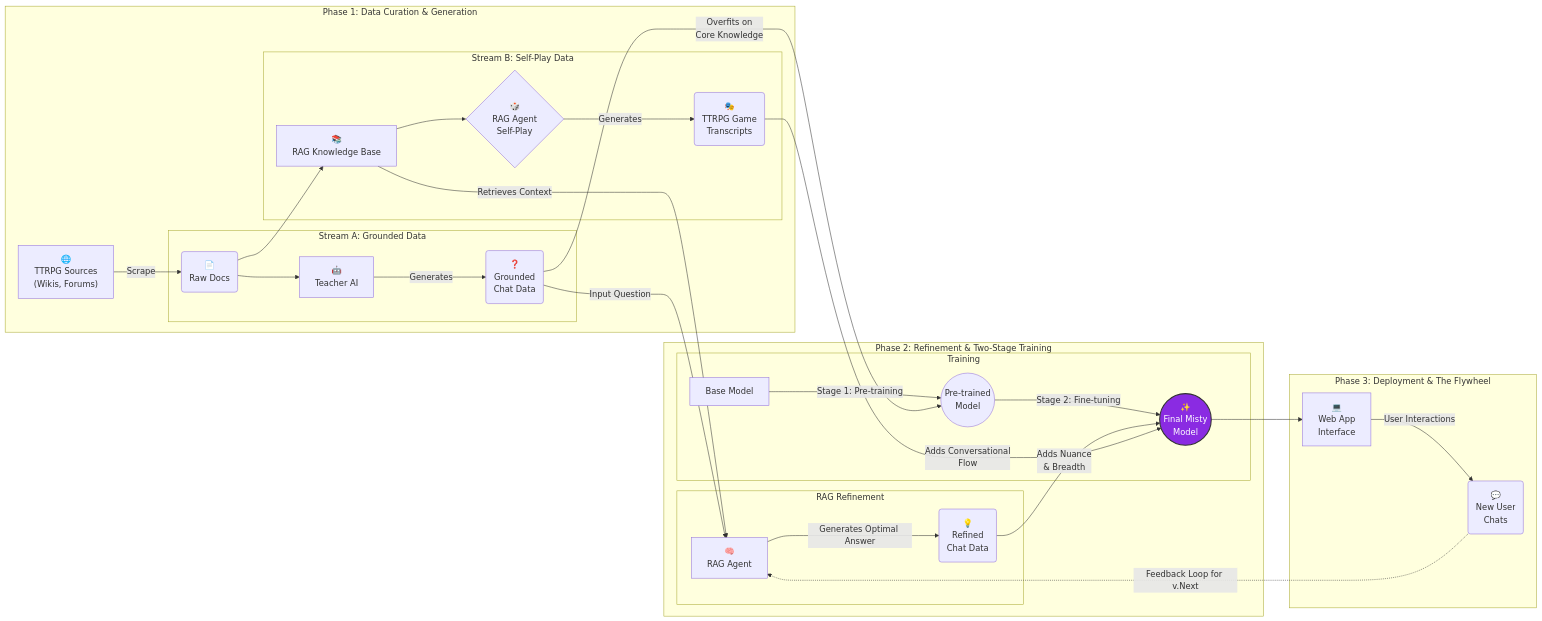
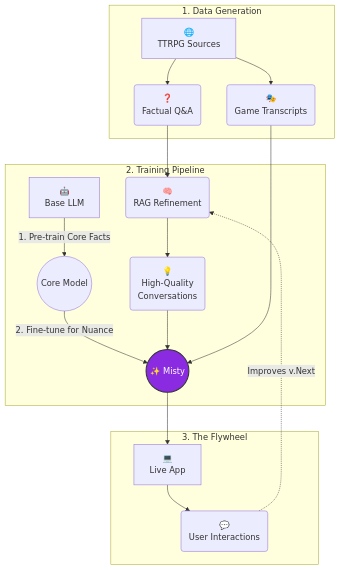
Before and after one commit to mltheuser/misty-public: the diagram in README.md, drawn with Mermaid.

````diff
--- a/README.md
+++ b/README.md
@@ -58,42 +58,26 @@
 ```mermaid
-graph LR
-    subgraph Phase 1: Data Curation & Generation
-        A["🌐<br>TTRPG Sources<br>(Wikis, Forums)"] -->|Scrape| B("📄<br>Raw Docs");
-        
-        subgraph Stream A: Grounded Data
-            B --> C["🤖<br>Teacher AI"];
-            C -->|Generates| D("❓<br>Grounded<br>Chat Data");
-        end
-
-        subgraph Stream B: Self-Play Data
-            B --> E["📚<br>RAG Knowledge Base"];
-            E --> F{"🎲<br>RAG Agent<br>Self-Play"};
-            F -->|Generates| G("🎭<br>TTRPG Game<br>Transcripts");
-        end
+graph TD
+    subgraph "1. Data Generation"
+        A["🌐<br>TTRPG Sources"] --> B("❓<br>Factual Q&A")
+        A --> C("🎭<br>Game Transcripts")
     end
 
-    subgraph Phase 2: Refinement & Two-Stage Training
-        subgraph RAG Refinement
-            D -->|Input Question| H["🧠<br>RAG Agent"];
-            E -->|Retrieves Context| H;
-            H -->|Generates Optimal Answer| I("💡<br>Refined<br>Chat Data");
-        end
-
-        subgraph Training
-            J["Base Model"] -->|Stage 1: Pre-training| K(("Pre-trained<br>Model"));
-            D -->|Overfits on<br>Core Knowledge| K;
-
-            K -->|Stage 2: Fine-tuning| L(("✨<br>Final Misty<br>Model"));
-            I -->|Adds Nuance<br>& Breadth| L;
-            G -->|Adds Conversational<br>Flow| L;
-        end
+    subgraph "2. Training Pipeline"
+        B --> D("🧠<br>RAG Refinement")
+        D --> E("💡<br>High-Quality<br>Conversations")
+        
+        F["🤖<br>Base LLM"] --"1. Pre-train Core Facts"--> G(("Core Model"))
+        G --"2. Fine-tune for Nuance"--> H(("✨ Misty"))
+        
+        E --> H
+        C --> H
     end
 
-    subgraph Phase 3: Deployment & The Flywheel
-        L --> M["💻<br>Web App<br>Interface"];
-        M -->|User Interactions| N("💬<br>New User<br>Chats");
-        N -.->|Feedback Loop for v.Next| H;
+    subgraph "3. The Flywheel"
+        H --> I["💻<br>Live App"]
+        I --> J("💬<br>User Interactions")
+        J -.->|"Improves v.Next"| D
     end
 
-    style L fill:#8A2BE2,stroke:#333,stroke-width:2px,color:#fff
+    style H fill:#8A2BE2,stroke:#333,stroke-width:2px,color:#fff
 ```
````
